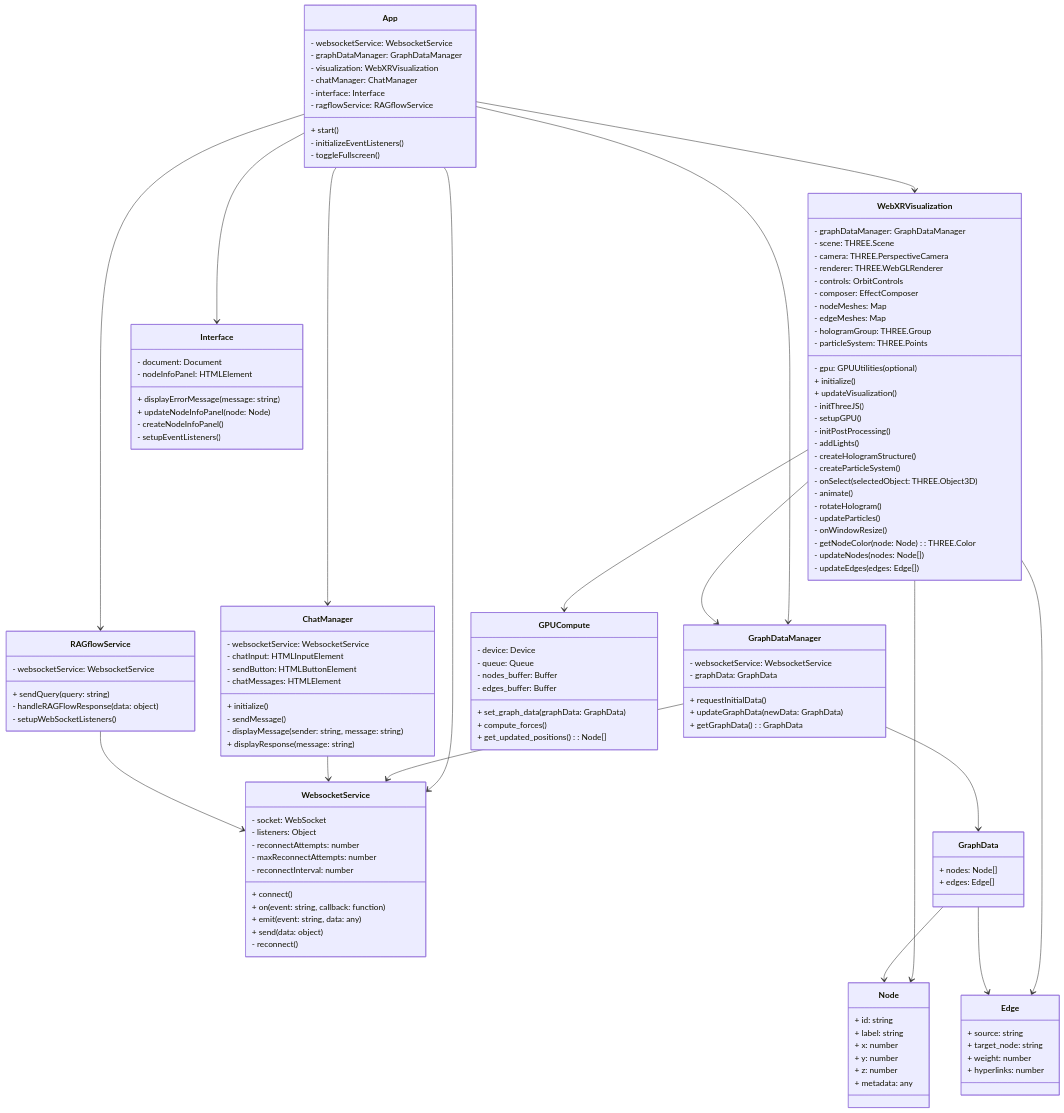
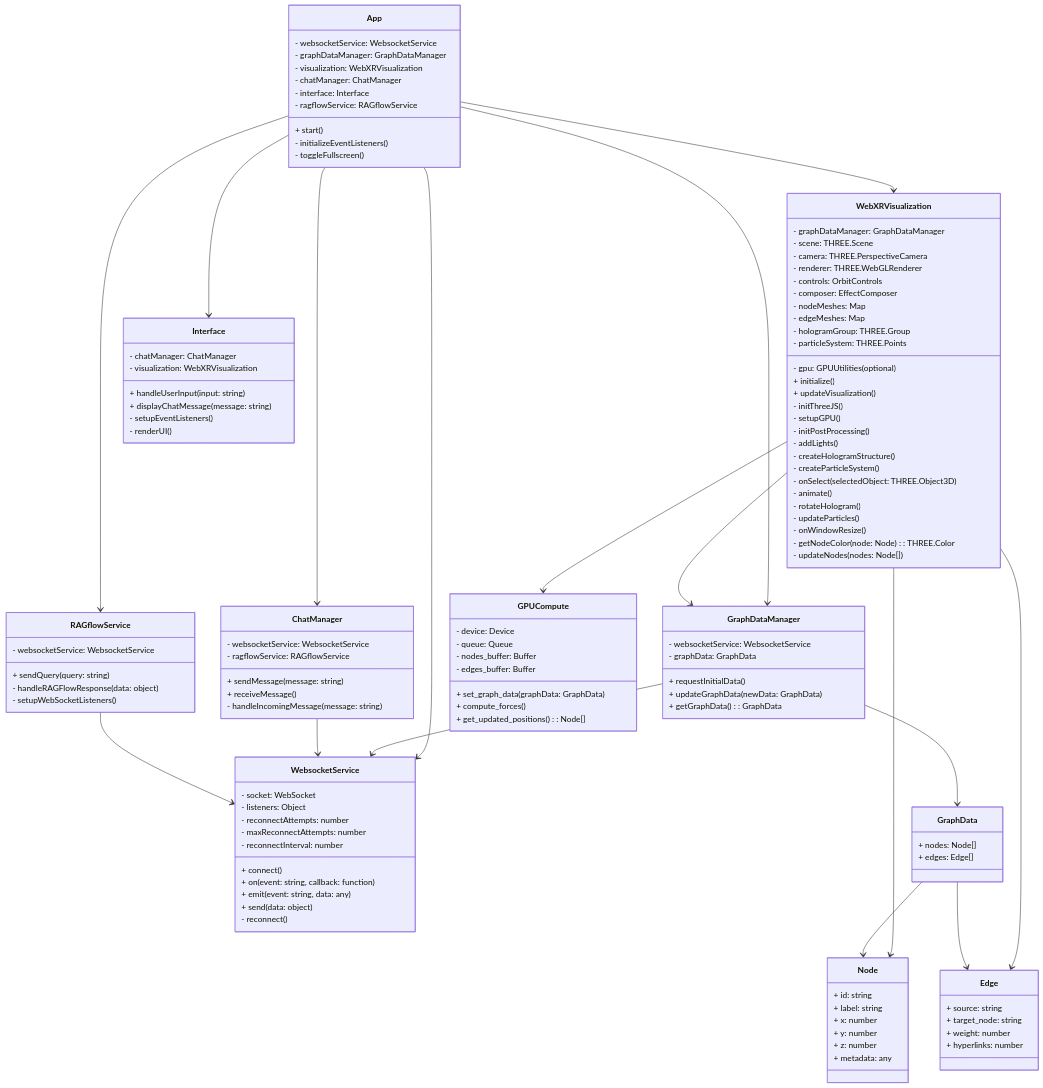
One commit to MITIH-Dreamlab/JingSpringThing changed the first of 2 diagrams in README.md. Above: the diagram before and after it, drawn with Mermaid. The commit also changed other lines of this file and 9 other files, not shown here.

```diff
--- a/README.md
+++ b/README.md
@@ -87,27 +95,23 @@
         - onWindowResize()
         - getNodeColor(node: Node): THREE.Color
         - updateNodes(nodes: Node[])
-        - updateEdges(edges: Edge[])
     }
 
     class ChatManager {
         - websocketService: WebsocketService
-        - chatInput: HTMLInputElement
-        - sendButton: HTMLButtonElement
-        - chatMessages: HTMLElement
-        + initialize()
-        - sendMessage()
-        - displayMessage(sender: string, message: string)
-        + displayResponse(message: string)
+        - ragflowService: RAGflowService
+        + sendMessage(message: string)
+        + receiveMessage()
+        - handleIncomingMessage(message: string)
     }
 
     class Interface {
-        - document: Document
-        - nodeInfoPanel: HTMLElement
-        + displayErrorMessage(message: string)
-        + updateNodeInfoPanel(node: Node)
-        - createNodeInfoPanel()
+        - chatManager: ChatManager
+        - visualization: WebXRVisualization
+        + handleUserInput(input: string)
+        + displayChatMessage(message: string)
         - setupEventListeners()
+        - renderUI()
     }
 
     class RAGflowService {
```
